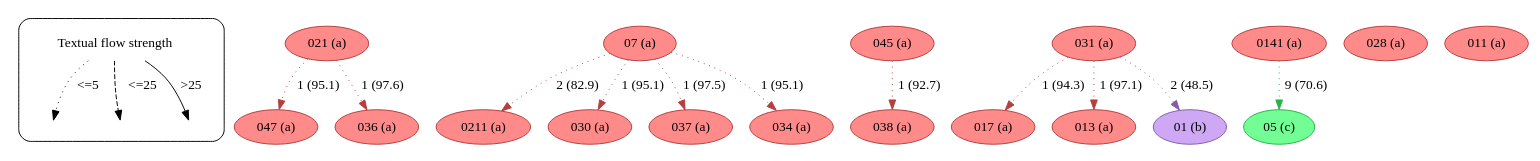
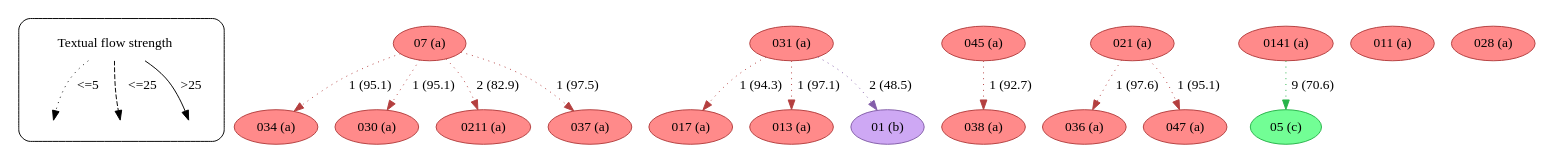
The diagram in example/c499/textual_flow_22_52_c499.dot (edmondac/CBGM), drawn with Graphviz before and after one commit. The commit also changed other lines of this file and 168 other files, not shown here.

```diff
--- a/example/c499/textual_flow_22_52_c499.dot
+++ b/example/c499/textual_flow_22_52_c499.dot
@@ -1,131 +1,131 @@
 strict digraph  {
 	node [label="\N"];
 	subgraph cluster_legend {
 		graph [style=rounded];
 		leg_s		 [label="Textual flow strength",
 			shape=plaintext];
 		leg_e1		 [fixedsize=True,
 			height=0.2,
 			label="",
 			style=invis];
 		leg_s -> leg_e1		 [label="<=5  ",
 			style=dotted];
 		leg_e2		 [fixedsize=True,
 			height=0.2,
 			label="",
 			style=invis];
 		leg_s -> leg_e2		 [label="  <=25",
 			style=dashed];
 		leg_e3		 [fixedsize=True,
 			height=0.2,
 			label="",
 			style=invis];
 		leg_s -> leg_e3		 [label=">25",
 			style=solid];
 	}
-	021	 [color="#b43f3f",
-		fillcolor="#FF8A8A",
-		label="021 (a)",
-		style=filled];
-	047	 [color="#b43f3f",
-		fillcolor="#FF8A8A",
-		label="047 (a)",
-		style=filled];
-	021 -> 047	 [color="#b43f3f",
-		label="1 (95.1)",
-		style=dotted];
-	036	 [color="#b43f3f",
-		fillcolor="#FF8A8A",
-		label="036 (a)",
-		style=filled];
-	021 -> 036	 [color="#b43f3f",
-		label="1 (97.6)",
-		style=dotted];
 	07	 [color="#b43f3f",
 		fillcolor="#FF8A8A",
 		label="07 (a)",
 		style=filled];
-	0211	 [color="#b43f3f",
+	034	 [color="#b43f3f",
 		fillcolor="#FF8A8A",
-		label="0211 (a)",
+		label="034 (a)",
 		style=filled];
-	07 -> 0211	 [color="#b43f3f",
-		label="2 (82.9)",
+	07 -> 034	 [color="#b43f3f",
+		label="1 (95.1)",
 		style=dotted];
 	030	 [color="#b43f3f",
 		fillcolor="#FF8A8A",
 		label="030 (a)",
 		style=filled];
 	07 -> 030	 [color="#b43f3f",
 		label="1 (95.1)",
 		style=dotted];
+	0211	 [color="#b43f3f",
+		fillcolor="#FF8A8A",
+		label="0211 (a)",
+		style=filled];
+	07 -> 0211	 [color="#b43f3f",
+		label="2 (82.9)",
+		style=dotted];
 	037	 [color="#b43f3f",
 		fillcolor="#FF8A8A",
 		label="037 (a)",
 		style=filled];
 	07 -> 037	 [color="#b43f3f",
 		label="1 (97.5)",
-		style=dotted];
-	034	 [color="#b43f3f",
-		fillcolor="#FF8A8A",
-		label="034 (a)",
-		style=filled];
-	07 -> 034	 [color="#b43f3f",
-		label="1 (95.1)",
-		style=dotted];
-	045	 [color="#b43f3f",
-		fillcolor="#FF8A8A",
-		label="045 (a)",
-		style=filled];
-	038	 [color="#b43f3f",
-		fillcolor="#FF8A8A",
-		label="038 (a)",
-		style=filled];
-	045 -> 038	 [color="#b43f3f",
-		label="1 (92.7)",
 		style=dotted];
 	031	 [color="#b43f3f",
 		fillcolor="#FF8A8A",
 		label="031 (a)",
 		style=filled];
 	017	 [color="#b43f3f",
 		fillcolor="#FF8A8A",
 		label="017 (a)",
 		style=filled];
 	031 -> 017	 [color="#b43f3f",
 		label="1 (94.3)",
 		style=dotted];
 	013	 [color="#b43f3f",
 		fillcolor="#FF8A8A",
 		label="013 (a)",
 		style=filled];
 	031 -> 013	 [color="#b43f3f",
 		label="1 (97.1)",
 		style=dotted];
 	01	 [color="#835da9",
 		fillcolor="#CEA8F4",
 		label="01 (b)",
 		style=filled];
 	031 -> 01	 [color="#835da9",
 		label="2 (48.5)",
 		style=dotted];
+	045	 [color="#b43f3f",
+		fillcolor="#FF8A8A",
+		label="045 (a)",
+		style=filled];
+	038	 [color="#b43f3f",
+		fillcolor="#FF8A8A",
+		label="038 (a)",
+		style=filled];
+	045 -> 038	 [color="#b43f3f",
+		label="1 (92.7)",
+		style=dotted];
+	021	 [color="#b43f3f",
+		fillcolor="#FF8A8A",
+		label="021 (a)",
+		style=filled];
+	036	 [color="#b43f3f",
+		fillcolor="#FF8A8A",
+		label="036 (a)",
+		style=filled];
+	021 -> 036	 [color="#b43f3f",
+		label="1 (97.6)",
+		style=dotted];
+	047	 [color="#b43f3f",
+		fillcolor="#FF8A8A",
+		label="047 (a)",
+		style=filled];
+	021 -> 047	 [color="#b43f3f",
+		label="1 (95.1)",
+		style=dotted];
 	0141	 [color="#b43f3f",
 		fillcolor="#FF8A8A",
 		label="0141 (a)",
 		style=filled];
 	05	 [color="#27b34a",
 		fillcolor="#72FE95",
 		label="05 (c)",
 		style=filled];
 	0141 -> 05	 [color="#27b34a",
 		label="9 (70.6)",
 		style=dotted];
+	011	 [color="#b43f3f",
+		fillcolor="#FF8A8A",
+		label="011 (a)",
+		style=filled];
 	028	 [color="#b43f3f",
 		fillcolor="#FF8A8A",
 		label="028 (a)",
 		style=filled];
-	011	 [color="#b43f3f",
-		fillcolor="#FF8A8A",
-		label="011 (a)",
-		style=filled];
 }
```
